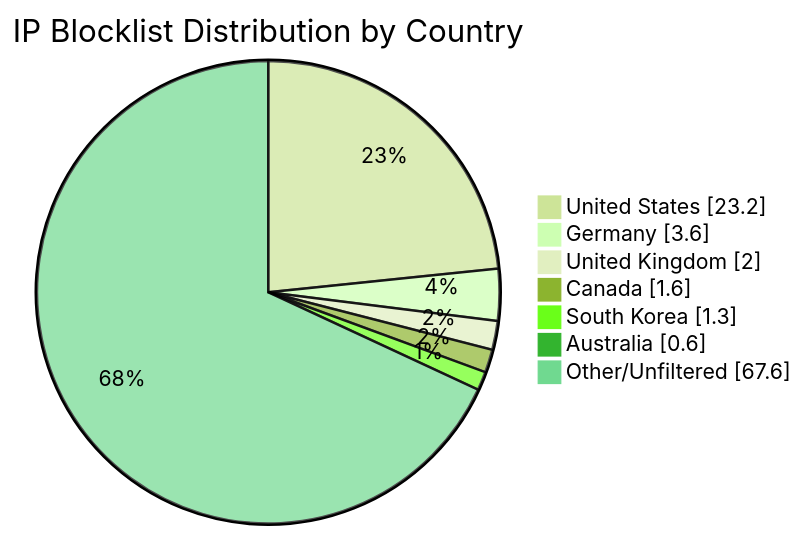
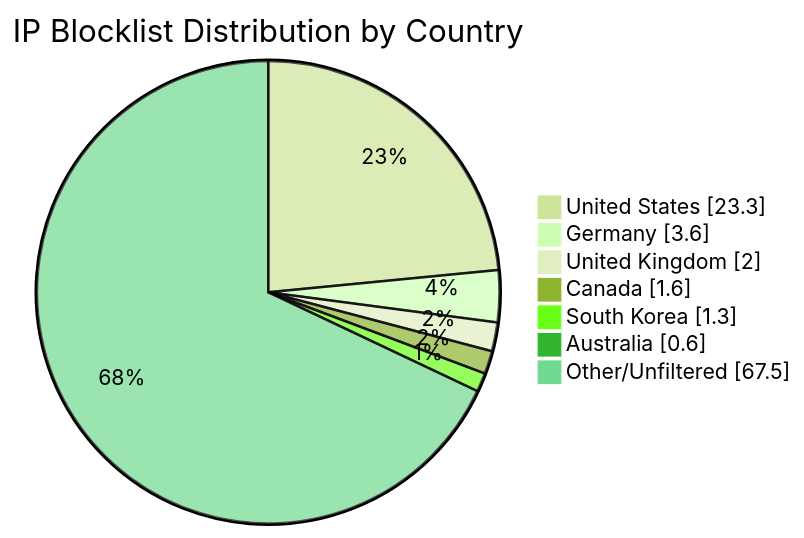
One commit to MarcusHoltz/ipblocklist-geofiltered-aggregator changed the diagram in README.md. Above: the diagram before and after it, drawn with Mermaid (forest theme). The commit also changed other lines of this file and 9 other files, not shown here.

````diff
--- a/README.md
+++ b/README.md
@@ -34,10 +34,10 @@
 ```mermaid
 pie showData title IP Blocklist Distribution by Country
-"United States" : 23.2
+"United States" : 23.3
 "Germany" : 3.6
 "United Kingdom" : 2.0
 "Canada" : 1.6
 "South Korea" : 1.3
 "Australia" : 0.6
-"Other/Unfiltered" : 67.6
+"Other/Unfiltered" : 67.5
 ```
````
